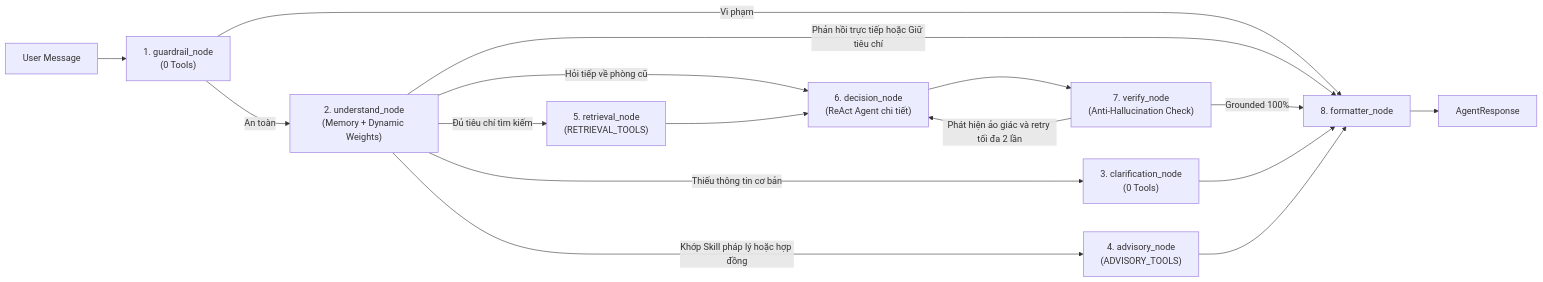
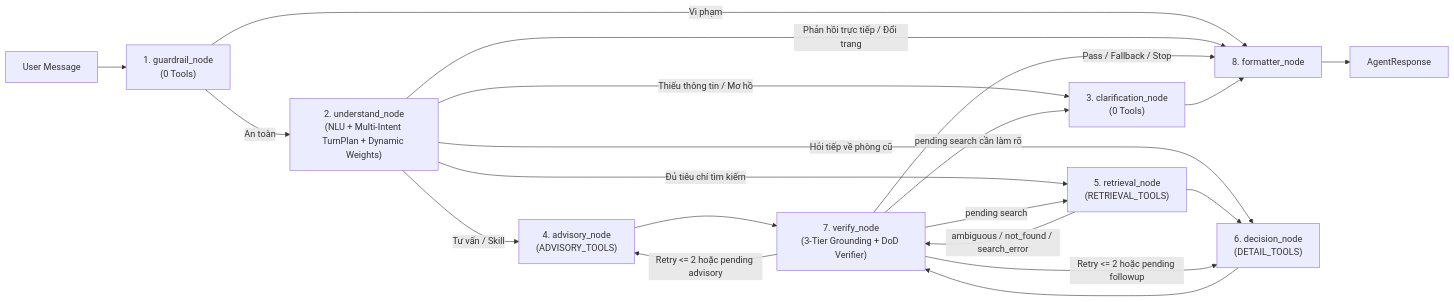
Before and after one commit to undead04/intelligent-room-rental: the diagram in ai-agent/README.md, drawn with Mermaid. The commit also changed other lines of this file and 34 other files, not shown here.

````diff
--- a/ai-agent/README.md
+++ b/ai-agent/README.md
@@ -9,18 +9,22 @@
 ```mermaid
 flowchart LR
     START["User Message"] --> N1["1. guardrail_node<br/>(0 Tools)"]
     N1 -->|Vi phạm| N8["8. formatter_node"]
-    N1 -->|An toàn| N2["2. understand_node<br/>(Memory + Dynamic Weights)"]
-    N2 -->|Khớp Skill pháp lý hoặc hợp đồng| N4["4. advisory_node<br/>(ADVISORY_TOOLS)"]
-    N2 -->|Thiếu thông tin cơ bản| N3["3. clarification_node<br/>(0 Tools)"]
-    N2 -->|Phản hồi trực tiếp hoặc Giữ tiêu chí| N8
-    N2 -->|Hỏi tiếp về phòng cũ| N6["6. decision_node<br/>(ReAct Agent chi tiết)"]
+    N1 -->|An toàn| N2["2. understand_node<br/>(NLU + Multi-Intent TurnPlan + Dynamic Weights)"]
+    N2 -->|Tư vấn / Skill| N4["4. advisory_node<br/>(ADVISORY_TOOLS)"]
+    N2 -->|Thiếu thông tin / Mơ hồ| N3["3. clarification_node<br/>(0 Tools)"]
+    N2 -->|Phản hồi trực tiếp / Đổi trang| N8
+    N2 -->|Hỏi tiếp về phòng cũ| N6["6. decision_node<br/>(DETAIL_TOOLS)"]
     N2 -->|Đủ tiêu chí tìm kiếm| N5["5. retrieval_node<br/>(RETRIEVAL_TOOLS)"]
     N5 --> N6
-    N6 --> N7["7. verify_node<br/>(Anti-Hallucination Check)"]
-    N7 -->|Phát hiện ảo giác và retry tối đa 2 lần| N6
-    N7 -->|Grounded 100%| N8
+    N5 -->|ambiguous / not_found / search_error| N7
+    N4 --> N7
+    N6 --> N7["7. verify_node<br/>(3-Tier Grounding + DoD Verifier)"]
+    N7 -->|Retry <= 2 hoặc pending followup| N6
+    N7 -->|Retry <= 2 hoặc pending advisory| N4
+    N7 -->|pending search| N5
+    N7 -->|pending search cần làm rõ| N3
+    N7 -->|Pass / Fallback / Stop| N8
     N3 --> N8
-    N4 --> N8
     N8 --> END["AgentResponse"]
 ```
````
